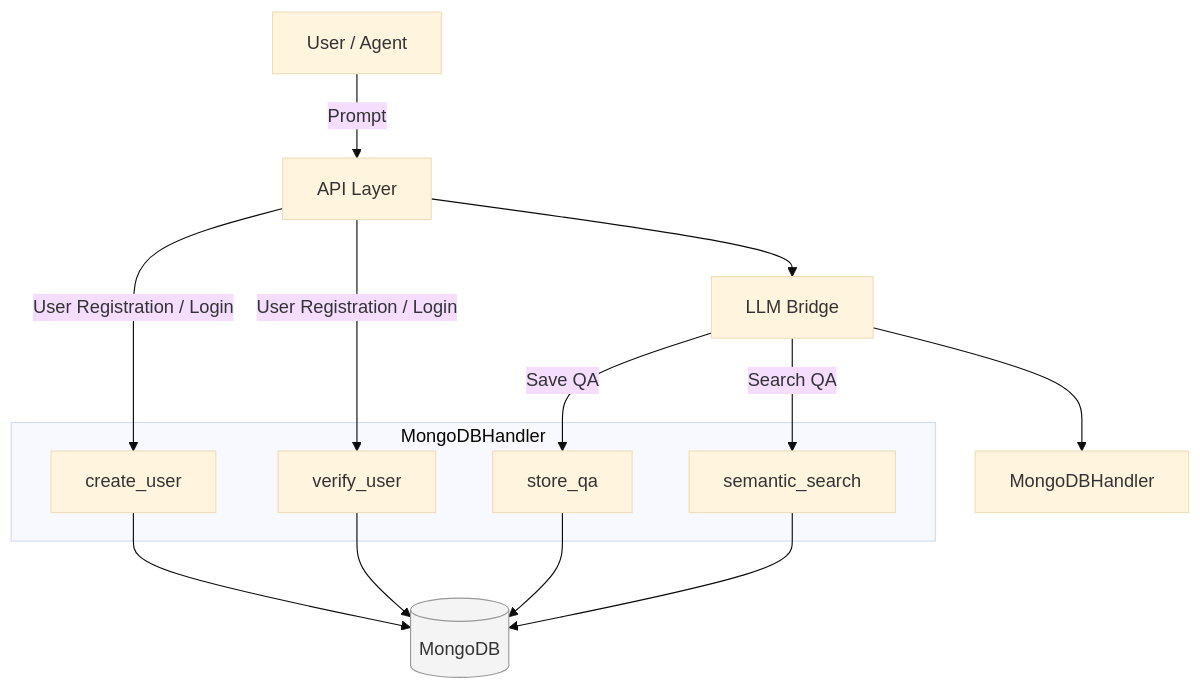
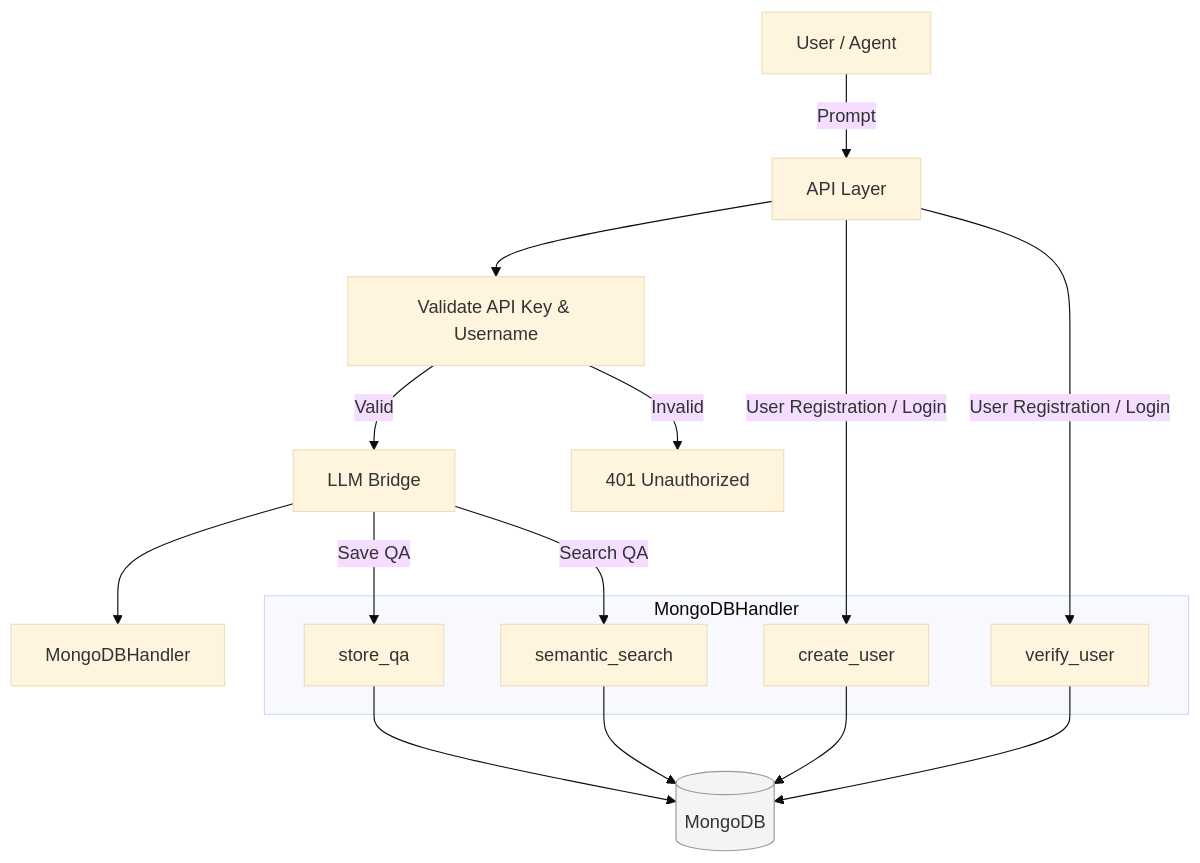
The diagram in data_layer/README.md (yana-g/bridge-ai), drawn with Mermaid (base theme) before and after one commit.

Commit message:
Update data_layer README

````diff
--- a/data_layer/README.md
+++ b/data_layer/README.md
@@ -17,25 +17,27 @@
 ```mermaid
 flowchart TD
     A[User / Agent] -->|Prompt| B[API Layer]
-    B --> C[LLM Bridge]
+    B --> Auth[Validate API Key & Username]
+    Auth -->|Valid| C[LLM Bridge]
+    Auth -->|Invalid| F[401 Unauthorized]
     C --> D[MongoDBHandler]
 
     subgraph MongoDBHandler
         D1[create_user]
         D2[verify_user]
         D3[store_qa]
         D4[semantic_search]
     end
 
     B -->|User Registration / Login| D1
     B -->|User Registration / Login| D2
     C -->|Save QA| D3
     C -->|Search QA| D4
 
     D1 --> E[(MongoDB)]
     D2 --> E
     D3 --> E
     D4 --> E
 
     style E fill:#f4f4f4,stroke:#999,stroke-width:1px
 ```
````
